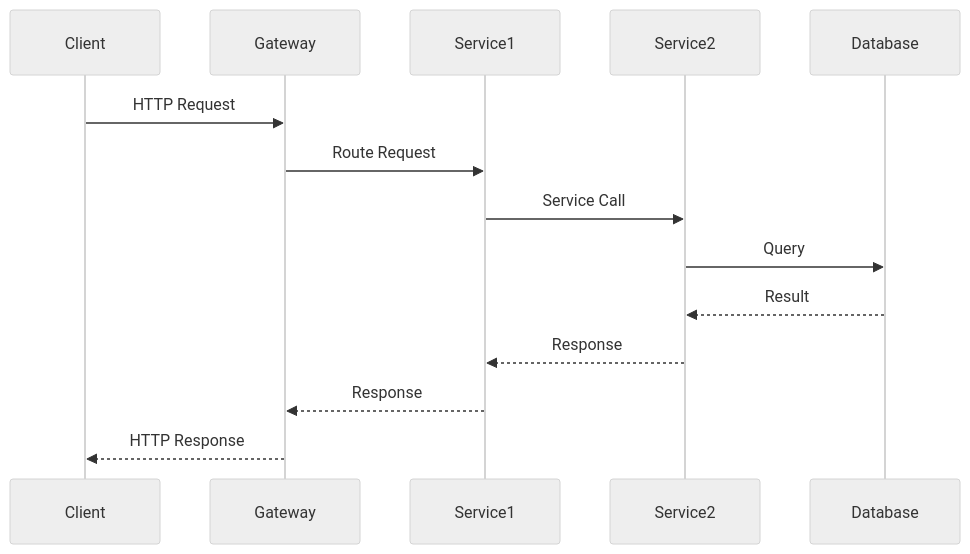
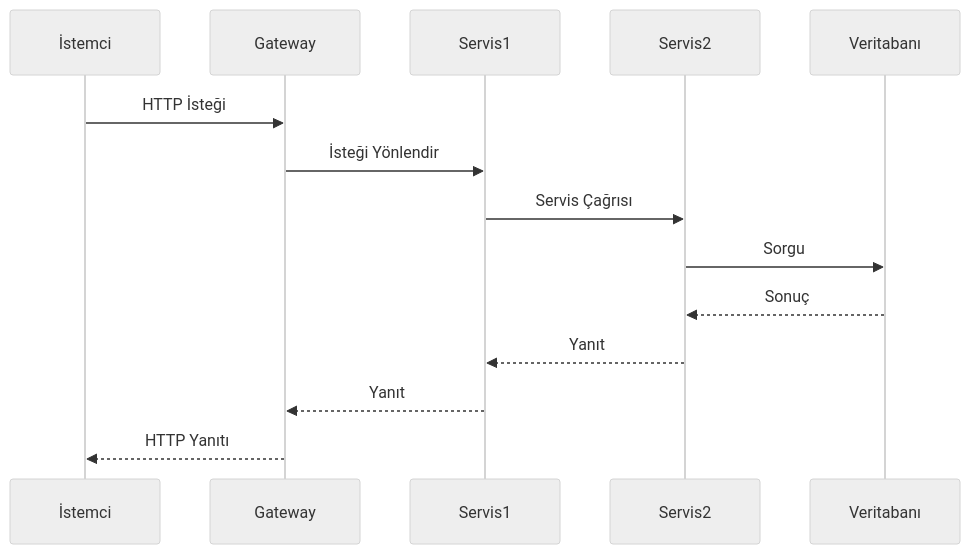
One commit to endmr11/system_design changed the sixth of 7 diagrams in backend/basics/request-response-model.md. Above: the diagram before and after it, drawn with Mermaid (neutral theme). The commit also changed other lines of this file, not shown here.

````diff
--- a/backend/basics/request-response-model.md
+++ b/backend/basics/request-response-model.md
@@ -194,17 +194,17 @@
 ```mermaid
 sequenceDiagram
-    participant Client
-    participant Gateway
-    participant Service1
-    participant Service2
-    participant Database
+    participant Client as İstemci
+    participant Gateway as Gateway
+    participant Service1 as Servis1
+    participant Service2 as Servis2
+    participant Database as Veritabanı
     
-    Client->>Gateway: HTTP Request
-    Gateway->>Service1: Route Request
-    Service1->>Service2: Service Call
-    Service2->>Database: Query
-    Database-->>Service2: Result
-    Service2-->>Service1: Response
-    Service1-->>Gateway: Response
-    Gateway-->>Client: HTTP Response
+    Client->>Gateway: HTTP İsteği
+    Gateway->>Service1: İsteği Yönlendir
+    Service1->>Service2: Servis Çağrısı
+    Service2->>Database: Sorgu
+    Database-->>Service2: Sonuç
+    Service2-->>Service1: Yanıt
+    Service1-->>Gateway: Yanıt
+    Gateway-->>Client: HTTP Yanıtı
 ```
````
